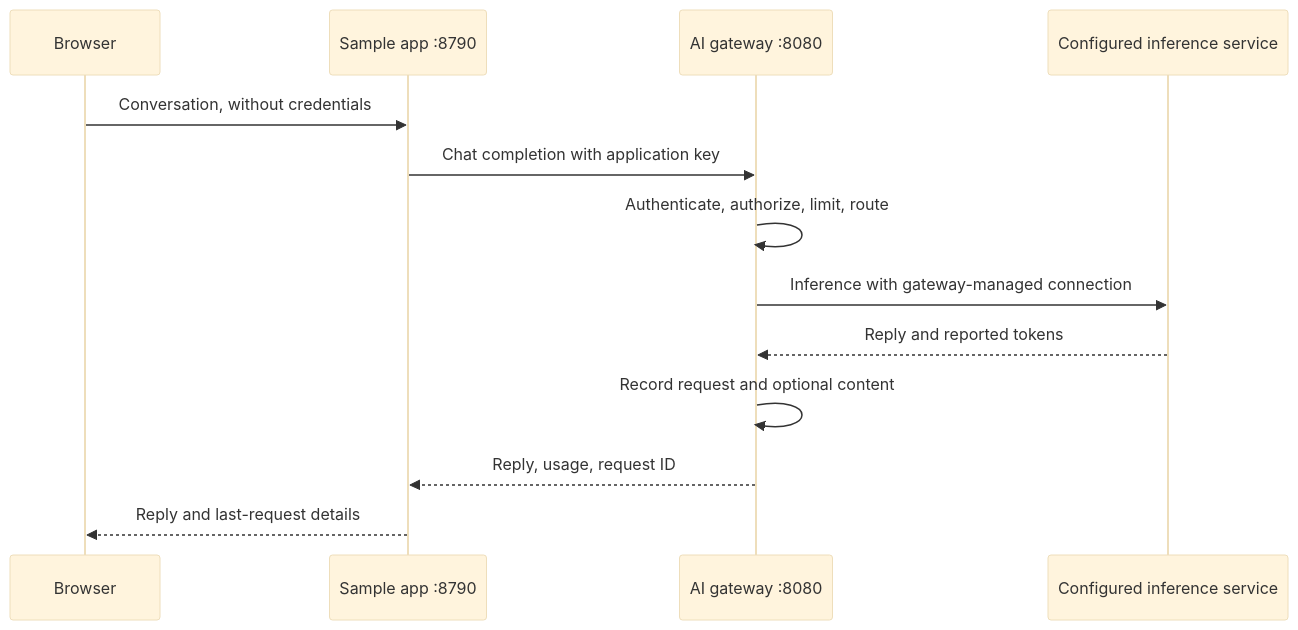
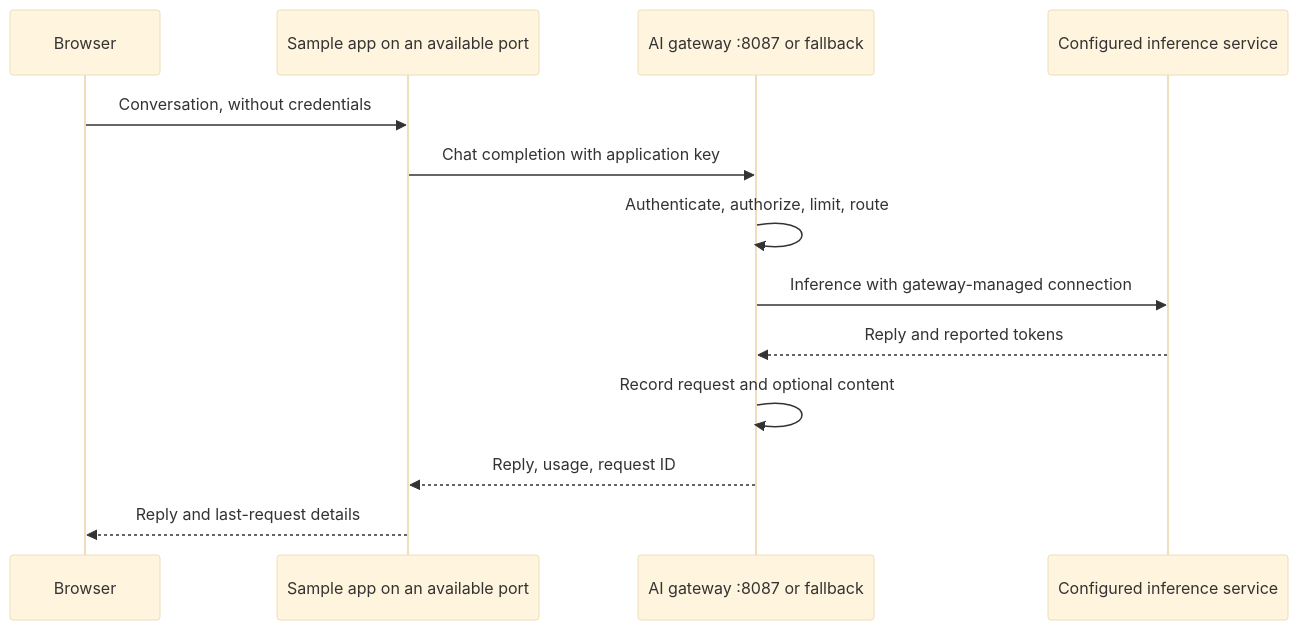
The diagram in examples/chat_app/README.md (m87techlabs/m87-ai-gateway), drawn with Mermaid (base theme) before and after one commit. The commit also changed other lines of this file and 17 other files, not shown here.

Commit message:
feat: set local gateway port policy and manage sample lifecycle

````diff
--- a/examples/chat_app/README.md
+++ b/examples/chat_app/README.md
@@ -8,15 +8,15 @@
 ```mermaid
 sequenceDiagram
     participant Browser
-    participant App as Sample app :8790
-    participant Gateway as AI gateway :8080
+    participant App as Sample app on an available port
+    participant Gateway as AI gateway :8087 or fallback
     participant Model as Configured inference service
     Browser->>App: Conversation, without credentials
     App->>Gateway: Chat completion with application key
     Gateway->>Gateway: Authenticate, authorize, limit, route
     Gateway->>Model: Inference with gateway-managed connection
     Model-->>Gateway: Reply and reported tokens
     Gateway->>Gateway: Record request and optional content
     Gateway-->>App: Reply, usage, request ID
     App-->>Browser: Reply and last-request details
 ```
````
